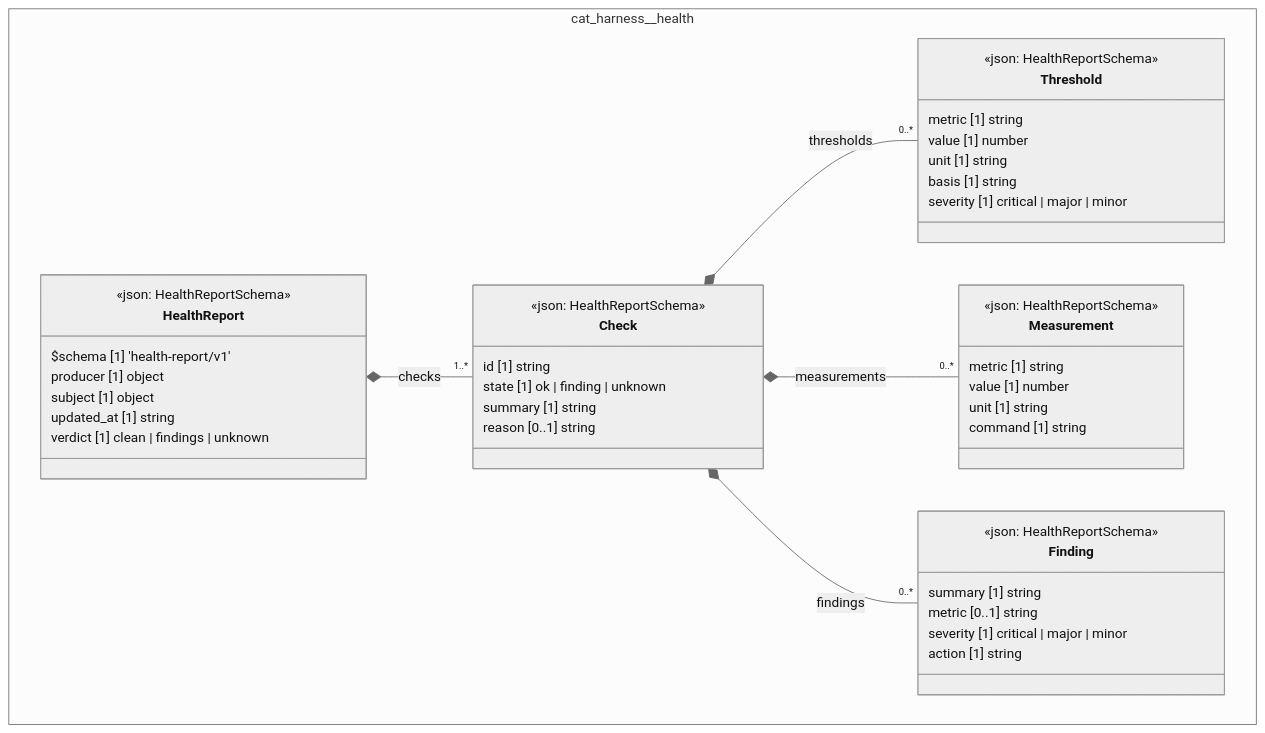
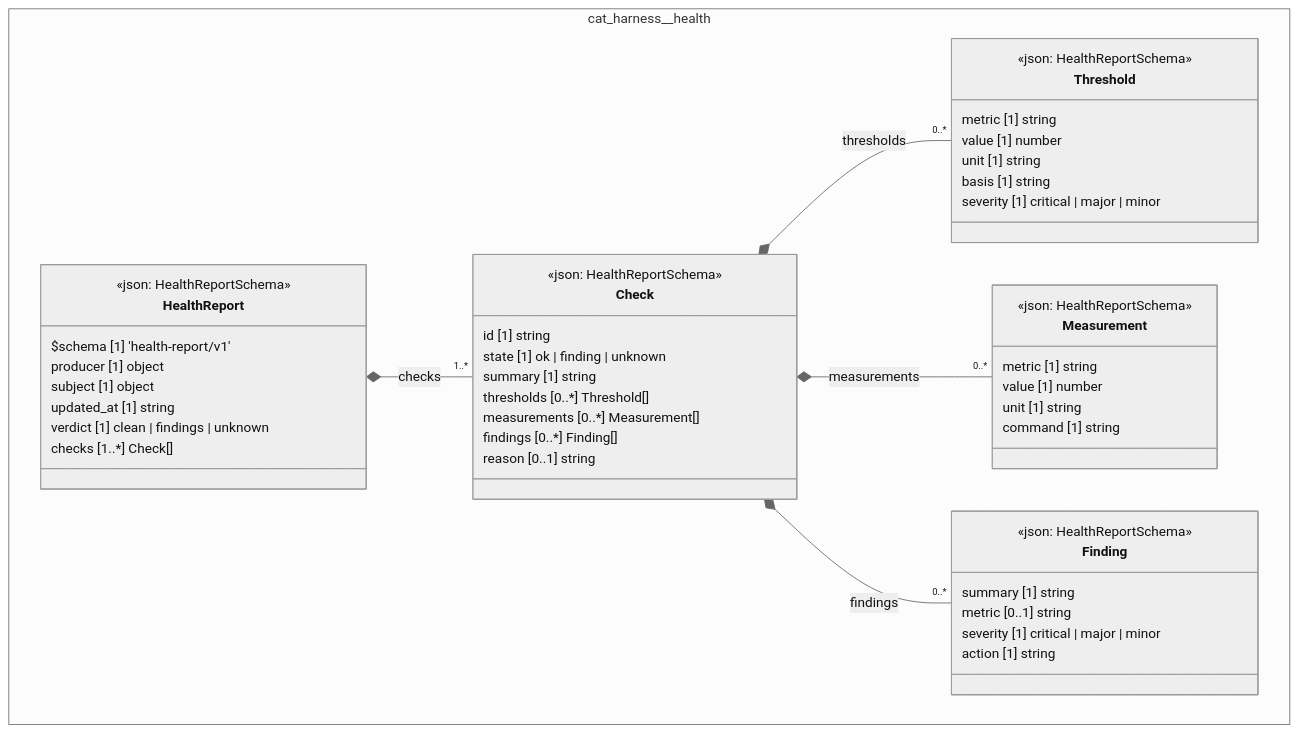
One commit to litlfred/folio-assistant changed the diagram in cat-harness/docs/uml/overview/cat-harness/health.md. Above: the diagram before and after it, drawn with Mermaid (neutral theme). The commit also changed 181 other files, not shown here.

First line of the commit message:
UML: full object model on the overview page; no empty class boxes

````diff
--- a/cat-harness/docs/uml/overview/cat-harness/health.md
+++ b/cat-harness/docs/uml/overview/cat-harness/health.md
@@ -29,52 +29,56 @@
 ```mermaid
 classDiagram
   direction TB
   namespace cat_harness__health {
     class cat_harness_health_Threshold["Threshold"] {
       <<json: HealthReportSchema>>
       metric [1] string
       value [1] number
       unit [1] string
       basis [1] string
       severity [1] critical | major | minor
     }
     class cat_harness_health_Measurement["Measurement"] {
       <<json: HealthReportSchema>>
       metric [1] string
       value [1] number
       unit [1] string
       command [1] string
     }
     class cat_harness_health_Finding["Finding"] {
       <<json: HealthReportSchema>>
       summary [1] string
       metric [0..1] string
       severity [1] critical | major | minor
       action [1] string
     }
     class cat_harness_health_Check["Check"] {
       <<json: HealthReportSchema>>
       id [1] string
       state [1] ok | finding | unknown
       summary [1] string
+      thresholds [0..*] Threshold[]
+      measurements [0..*] Measurement[]
+      findings [0..*] Finding[]
       reason [0..1] string
     }
     class cat_harness_health_HealthReport["HealthReport"] {
       <<json: HealthReportSchema>>
       $schema [1] 'health-report/v1'
       producer [1] object
       subject [1] object
       updated_at [1] string
       verdict [1] clean | findings | unknown
+      checks [1..*] Check[]
     }
   }
   cat_harness_health_Check *-- "0..*" cat_harness_health_Threshold : thresholds
   cat_harness_health_Check *-- "0..*" cat_harness_health_Measurement : measurements
   cat_harness_health_Check *-- "0..*" cat_harness_health_Finding : findings
   cat_harness_health_HealthReport *-- "1..*" cat_harness_health_Check : checks
   cssClass "cat_harness_health_Threshold" fa_uml_kind_health
   cssClass "cat_harness_health_Measurement" fa_uml_kind_health
   cssClass "cat_harness_health_Finding" fa_uml_kind_health
   cssClass "cat_harness_health_Check" fa_uml_kind_health
   cssClass "cat_harness_health_HealthReport" fa_uml_kind_health
 ```
````
